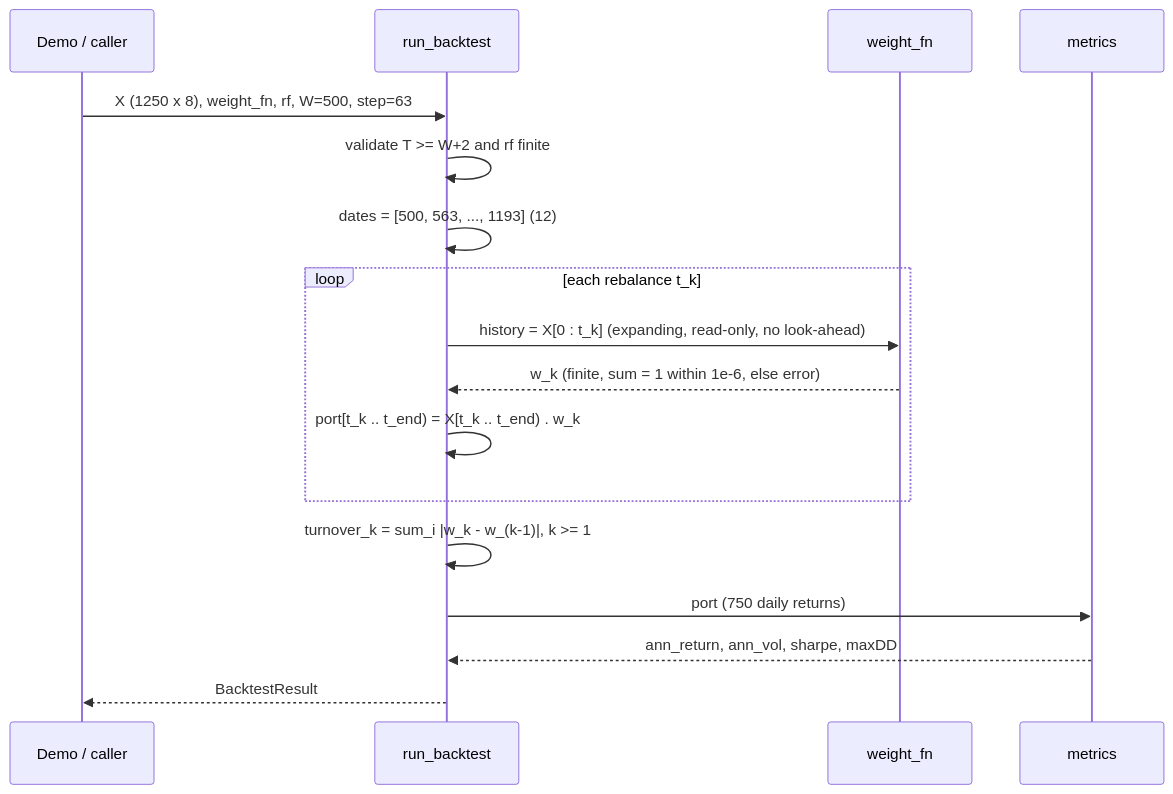
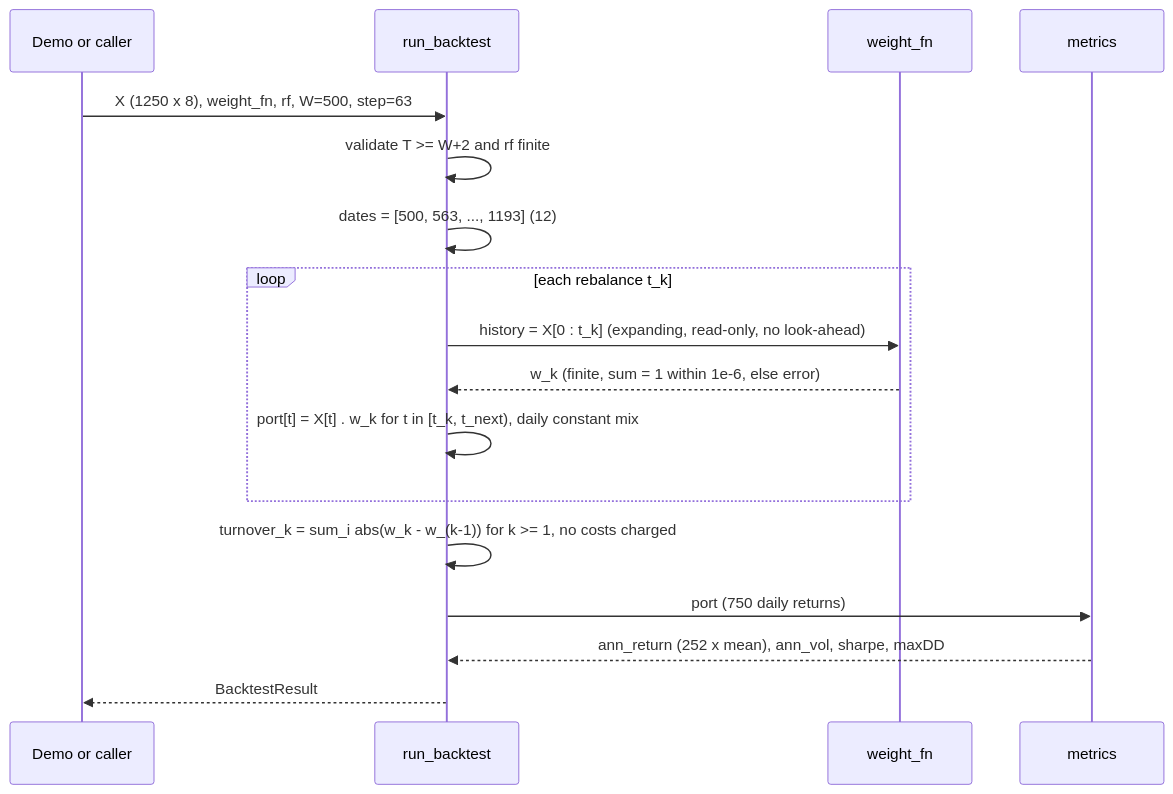
Before and after one commit to AshJha0/portfolio-construction: the diagram in docs/diagrams/backtest_sequence.mmd, drawn with Mermaid. The commit also changed 91 other files, not shown here.

```diff
--- a/docs/diagrams/backtest_sequence.mmd
+++ b/docs/diagrams/backtest_sequence.mmd
@@ -1,18 +1,18 @@
 sequenceDiagram
-    participant D as Demo / caller
+    participant D as Demo or caller
     participant B as run_backtest
     participant W as weight_fn
     participant M as metrics
 
     D->>B: X (1250 x 8), weight_fn, rf, W=500, step=63
     B->>B: validate T >= W+2 and rf finite
     B->>B: dates = [500, 563, ..., 1193] (12)
     loop each rebalance t_k
-        B->>W: history = X[0 : t_k]  (expanding, read-only, no look-ahead)
+        B->>W: history = X[0 : t_k] (expanding, read-only, no look-ahead)
         W-->>B: w_k (finite, sum = 1 within 1e-6, else error)
-        B->>B: port[t_k .. t_end) = X[t_k .. t_end) . w_k
+        B->>B: port[t] = X[t] . w_k for t in [t_k, t_next), daily constant mix
     end
-    B->>B: turnover_k = sum_i |w_k - w_(k-1)|, k >= 1
+    B->>B: turnover_k = sum_i abs(w_k - w_(k-1)) for k >= 1, no costs charged
     B->>M: port (750 daily returns)
-    M-->>B: ann_return, ann_vol, sharpe, maxDD
+    M-->>B: ann_return (252 x mean), ann_vol, sharpe, maxDD
     B-->>D: BacktestResult
```
